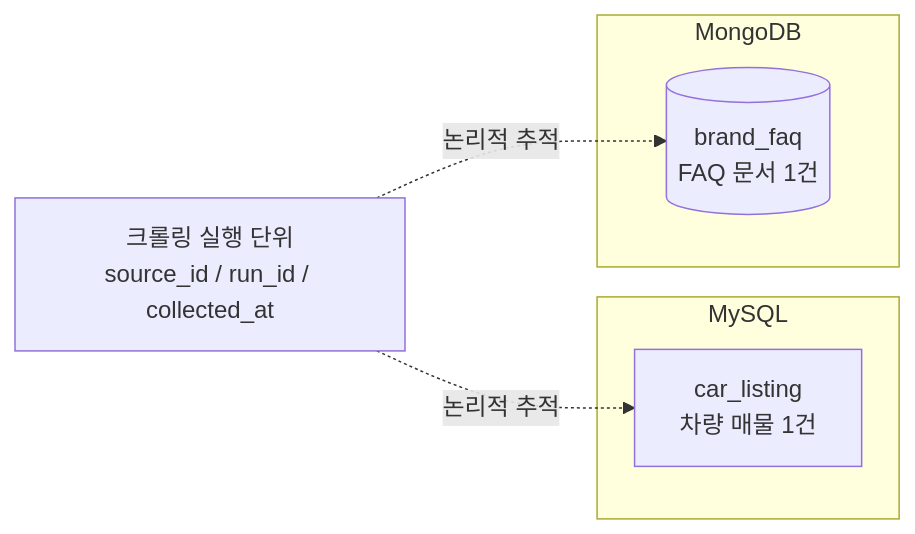
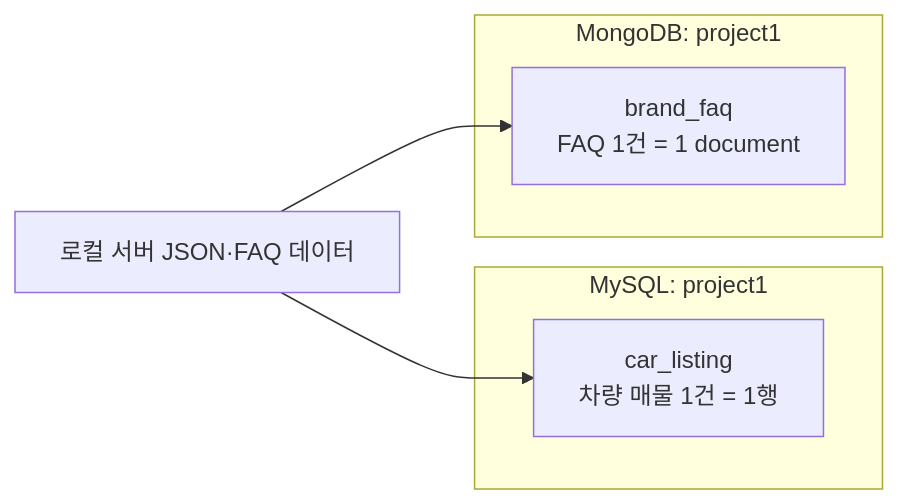
One commit to encore-ai-campus/mlo-01-p1-team4 changed the first of 2 diagrams in docs/erd.md. Above: the diagram before and after it, drawn with Mermaid. The commit also changed other lines of this file and 3 other files, not shown here.

````diff
--- a/docs/erd.md
+++ b/docs/erd.md
@@ -15,15 +20,15 @@
 ```mermaid
 flowchart LR
-    subgraph MYSQL[MySQL]
-        C[car_listing<br/>차량 매물 1건]
+    INPUT[로컬 서버 JSON·FAQ 데이터]
+
+    subgraph MYSQL[MySQL: project1]
+        CAR[car_listing<br/>차량 매물 1건 = 1행]
     end
 
-    subgraph MONGO[MongoDB]
-        F[(brand_faq<br/>FAQ 문서 1건)]
+    subgraph MONGODB[MongoDB: project1]
+        FAQ[brand_faq<br/>FAQ 1건 = 1 document]
     end
 
-    R[크롤링 실행 단위<br/>source_id / run_id / collected_at]
-
-    R -. 논리적 추적 .-> C
-    R -. 논리적 추적 .-> F
+    INPUT --> CAR
+    INPUT --> FAQ
 ```
````
